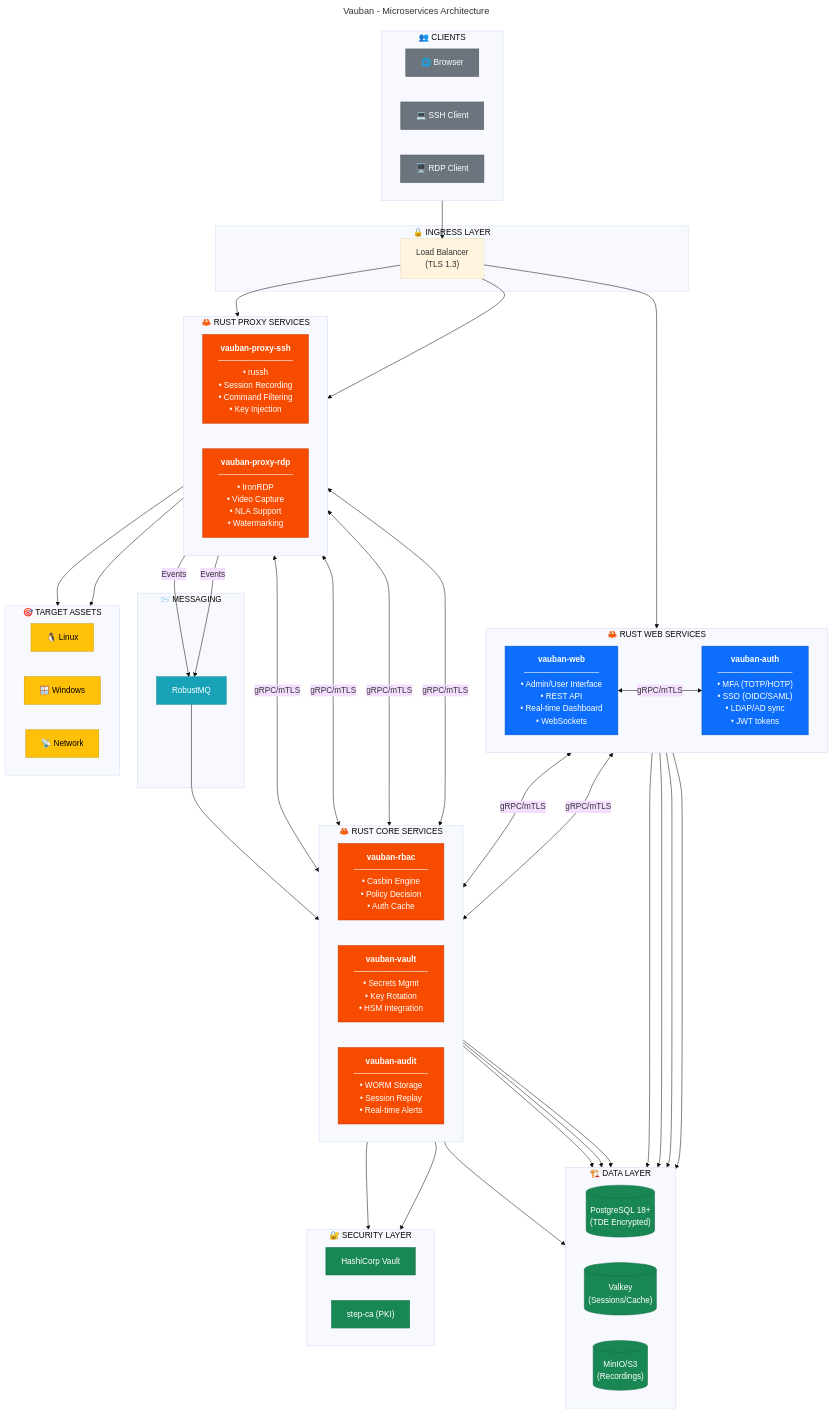
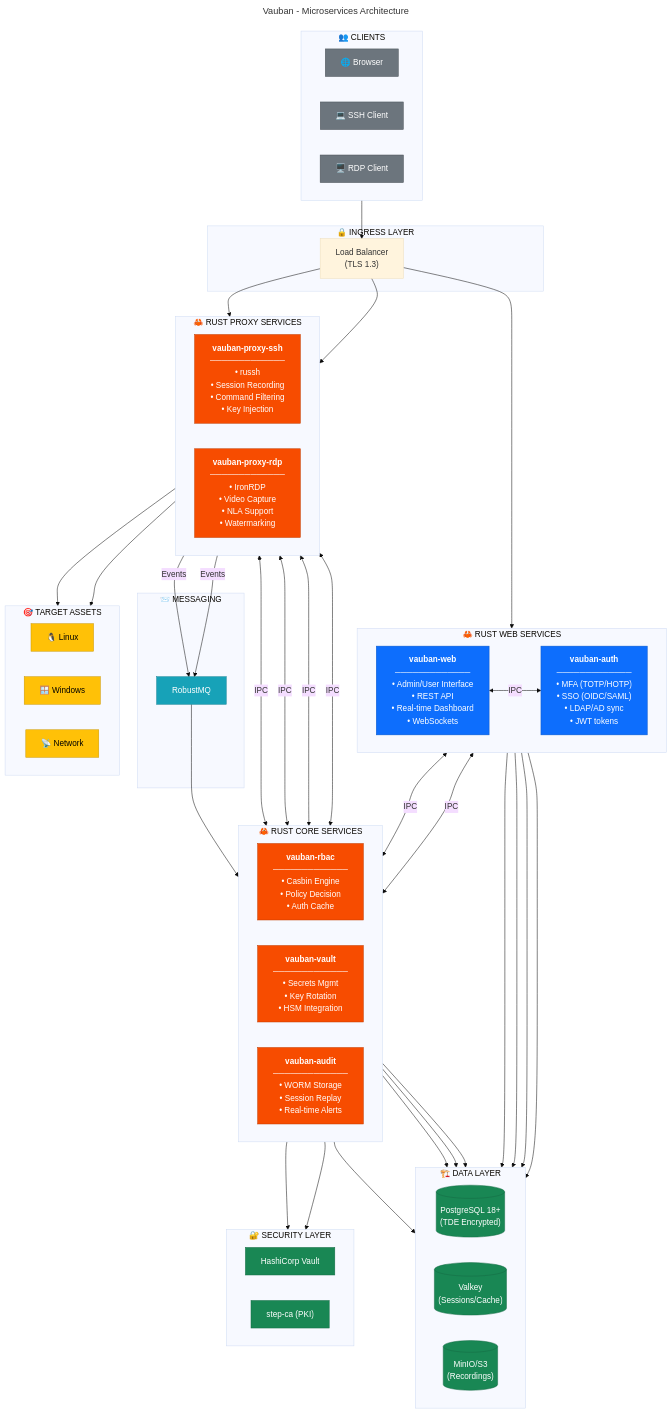
One commit to rbenaley/Vauban changed the diagram in docs/technical/Vauban_Architecture_Diagram.mermaid. Above: the diagram before and after it, drawn with Mermaid (base theme). The commit also changed 13 other files, not shown here.

First line of the commit message:
refactor(ipc): migrate from gRPC/mTLS to Unix pipes IPC

```diff
--- a/docs/technical/Vauban_Architecture_Diagram.mermaid
+++ b/docs/technical/Vauban_Architecture_Diagram.mermaid
@@ -1,114 +1,114 @@
 ---
 title: Vauban - Microservices Architecture
 ---
 flowchart TD
     subgraph Clients["👥 CLIENTS"]
         Browser["🌐 Browser"]
         SSHClient["💻 SSH Client"]
         RDPClient["🖥️ RDP Client"]
     end
 
     subgraph Ingress["🔒 INGRESS LAYER"]
         LB["Load Balancer<br/>(TLS 1.3)"]
     end
 
     subgraph WebLayer["🦀 RUST WEB SERVICES"]
         direction LR
         Web["<b>vauban-web</b><br/>─────────────<br/>• Admin/User Interface<br/>• REST API<br/>• Real-time Dashboard<br/>• WebSockets"]
         Auth["<b>vauban-auth</b><br/>─────────────<br/>• MFA (TOTP/HOTP)<br/>• SSO (OIDC/SAML)<br/>• LDAP/AD sync<br/>• JWT tokens"]
     end
 
     subgraph CoreServices["🦀 RUST CORE SERVICES"]
         direction LR
         RBAC["<b>vauban-rbac</b><br/>─────────────<br/>• Casbin Engine<br/>• Policy Decision<br/>• Auth Cache"]
         Vault["<b>vauban-vault</b><br/>─────────────<br/>• Secrets Mgmt<br/>• Key Rotation<br/>• HSM Integration"]
         Audit["<b>vauban-audit</b><br/>─────────────<br/>• WORM Storage<br/>• Session Replay<br/>• Real-time Alerts"]
     end
 
     subgraph ProxyServices["🦀 RUST PROXY SERVICES"]
         direction LR
         ProxySSH["<b>vauban-proxy-ssh</b><br/>─────────────<br/>• russh<br/>• Session Recording<br/>• Command Filtering<br/>• Key Injection"]
         ProxyRDP["<b>vauban-proxy-rdp</b><br/>─────────────<br/>• IronRDP<br/>• Video Capture<br/>• NLA Support<br/>• Watermarking"]
     end
 
     subgraph Messaging["📨 MESSAGING"]
         RobustMQ["RobustMQ"]
     end
 
     subgraph DataLayer["🏗️ DATA LAYER"]
         direction LR
         PG[("PostgreSQL 18+<br/>(TDE Encrypted)")]
         Valkey[("Valkey<br/>(Sessions/Cache)")]
         S3[("MinIO/S3<br/>(Recordings)")]
     end
 
     subgraph SecurityLayer["🔐 SECURITY LAYER"]
         direction LR
         HVault["HashiCorp Vault"]
         StepCA["step-ca (PKI)"]
     end
 
     subgraph Targets["🎯 TARGET ASSETS"]
         direction LR
         LinuxServers["🐧 Linux"]
         WindowsServers["🪟 Windows"]
         NetworkDevices["📡 Network"]
     end
 
     %% Client connections
     Clients --> LB
 
     %% Load Balancer routing
     LB --> Web
     LB --> ProxySSH
     LB --> ProxyRDP
 
-    %% Web layer connections
-    Web <-->|"gRPC/mTLS"| Auth
-    Web <-->|"gRPC/mTLS"| RBAC
+    %% Web layer connections (IPC via Unix pipes)
+    Web <-->|"IPC"| Auth
+    Web <-->|"IPC"| RBAC
     Web --> PG
     Web --> Valkey
 
     %% Auth connections
-    Auth <-->|"gRPC/mTLS"| RBAC
+    Auth <-->|"IPC"| RBAC
     Auth --> PG
     Auth --> Valkey
 
-    %% Proxy connections
-    ProxySSH <-->|"gRPC/mTLS"| RBAC
-    ProxySSH <-->|"gRPC/mTLS"| Vault
+    %% Proxy connections (IPC via Unix pipes)
+    ProxySSH <-->|"IPC"| RBAC
+    ProxySSH <-->|"IPC"| Vault
     ProxySSH -->|"Events"| RobustMQ
     ProxySSH --> Targets
 
-    ProxyRDP <-->|"gRPC/mTLS"| RBAC
-    ProxyRDP <-->|"gRPC/mTLS"| Vault
+    ProxyRDP <-->|"IPC"| RBAC
+    ProxyRDP <-->|"IPC"| Vault
     ProxyRDP -->|"Events"| RobustMQ
     ProxyRDP --> WindowsServers
 
     %% Vault connections
     Vault --> HVault
     Vault --> StepCA
 
     %% Audit connections
     RobustMQ --> Audit
     Audit --> S3
     Audit --> PG
 
     %% RBAC data
     RBAC --> PG
     RBAC --> Valkey
 
     %% Styling
     classDef rustWeb fill:#0d6efd,stroke:#0a58ca,color:#fff
     classDef rust fill:#f74c00,stroke:#c23d00,color:#fff
     classDef infra fill:#198754,stroke:#146c43,color:#fff
     classDef client fill:#6c757d,stroke:#495057,color:#fff
     classDef target fill:#ffc107,stroke:#cc9a06,color:#000
     classDef messaging fill:#17a2b8,stroke:#138496,color:#fff
 
     class Web,Auth rustWeb
     class RBAC,ProxySSH,ProxyRDP,Vault,Audit rust
     class PG,Valkey,S3,HVault,StepCA infra
     class Browser,SSHClient,RDPClient client
     class LinuxServers,WindowsServers,NetworkDevices target
     class RobustMQ messaging
```
